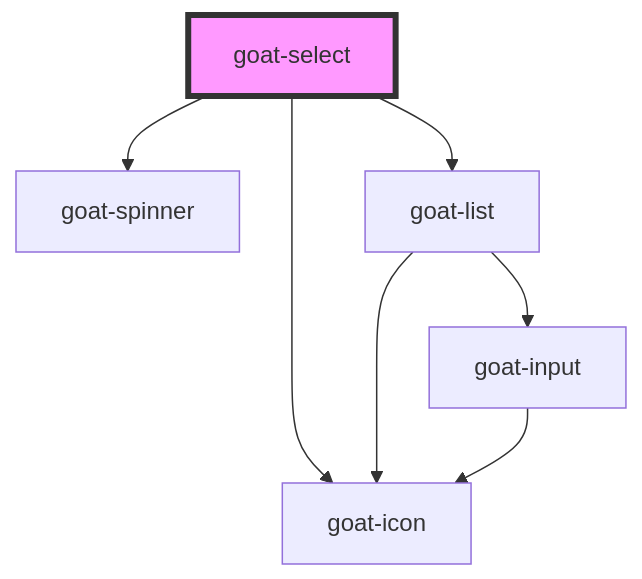
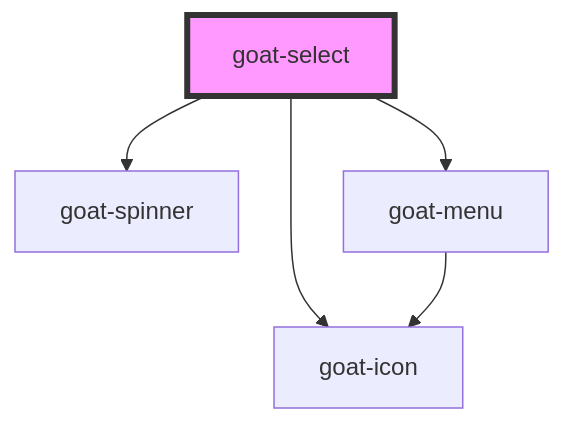
One commit to goatui/components changed the diagram in src/components/input-controls/select/readme.md. Above: the diagram before and after it, drawn with Mermaid. The commit also changed other lines of this file and 94 other files, not shown here.

````diff
--- a/src/components/input-controls/select/readme.md
+++ b/src/components/input-controls/select/readme.md
@@ -61,10 +61,8 @@
 ```mermaid
 graph TD;
   goat-select --> goat-icon
   goat-select --> goat-spinner
-  goat-select --> goat-list
-  goat-list --> goat-icon
-  goat-list --> goat-input
-  goat-input --> goat-icon
+  goat-select --> goat-menu
+  goat-menu --> goat-icon
   style goat-select fill:#f9f,stroke:#333,stroke-width:4px
 ```
````
